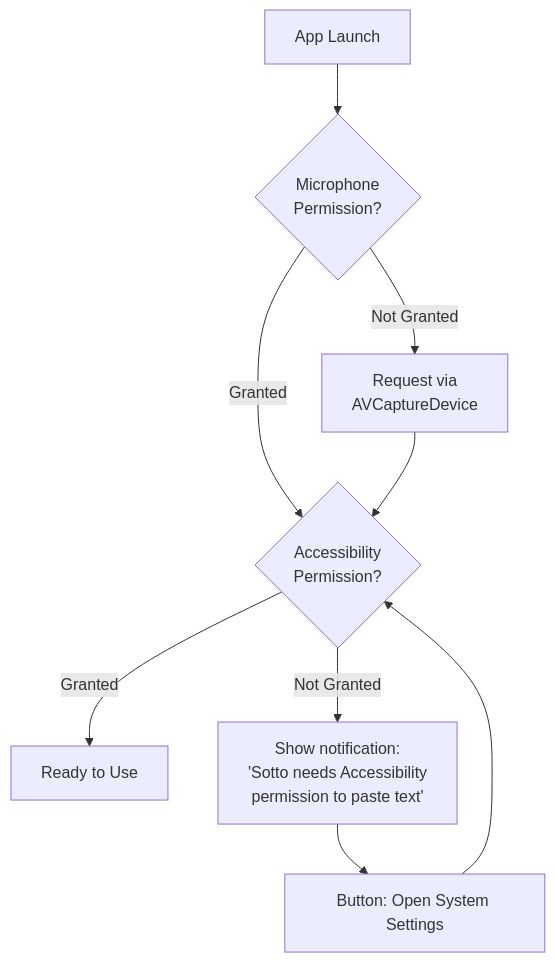
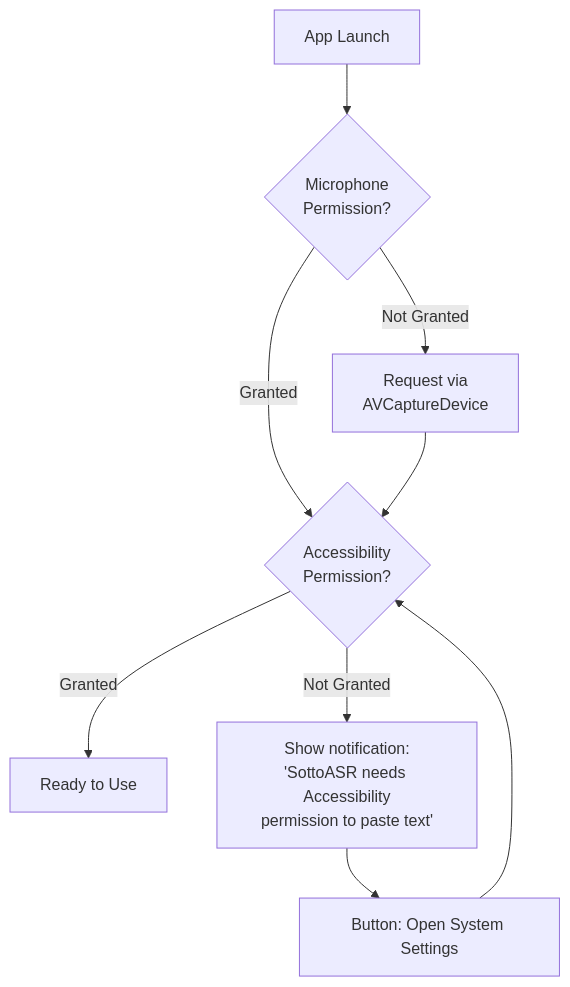
Before and after one commit to juanqui/sottoasr: the seventh of 7 diagrams in docs/designs/architecture.md, drawn with Mermaid. The commit also changed other lines of this file and 71 other files, not shown here.

````diff
--- a/docs/designs/architecture.md
+++ b/docs/designs/architecture.md
@@ -1003,12 +1003,12 @@
 ```mermaid
 flowchart TD
     Start["App Launch"] --> CheckMic{"Microphone\nPermission?"}
     CheckMic -->|Granted| CheckAx{"Accessibility\nPermission?"}
     CheckMic -->|Not Granted| RequestMic["Request via\nAVCaptureDevice"]
     RequestMic --> CheckAx
 
     CheckAx -->|Granted| Ready["Ready to Use"]
-    CheckAx -->|Not Granted| PromptAx["Show notification:\n'Sotto needs Accessibility\npermission to paste text'"]
+    CheckAx -->|Not Granted| PromptAx["Show notification:\n'SottoASR needs Accessibility\npermission to paste text'"]
     PromptAx --> OpenSettings["Button: Open System Settings"]
     OpenSettings --> CheckAx
 ```
````
